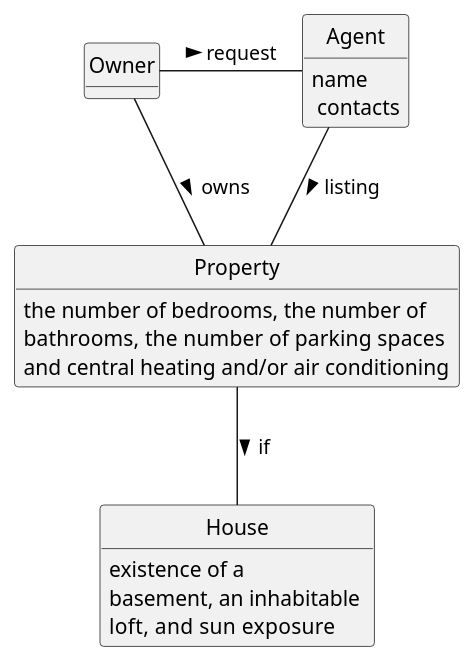
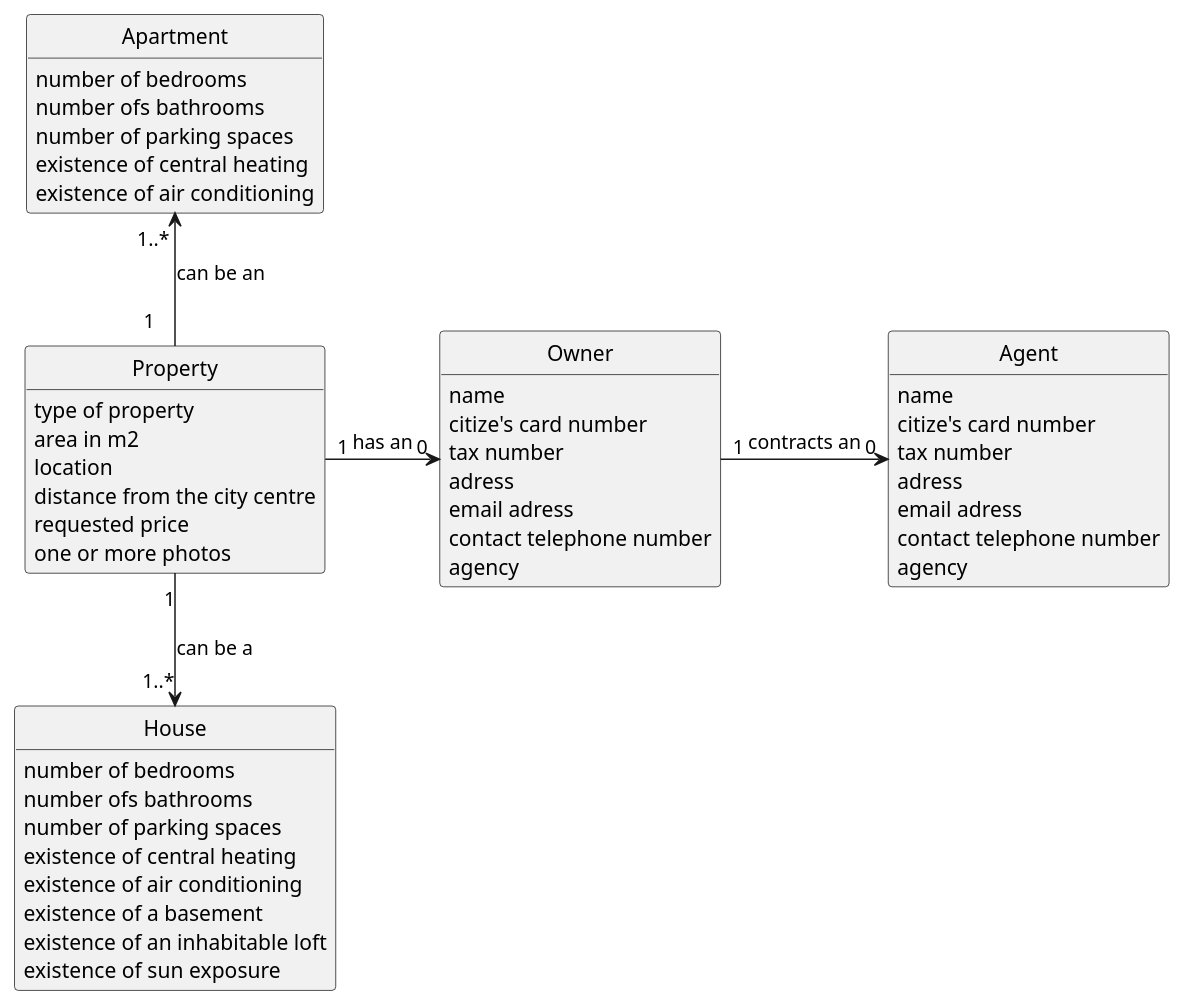
The diagram in docs/sprintA/us004/02.analysis/puml/us004-domain-model.puml (Rodrick0209/ISEP-LAPR2-22-23), drawn with PlantUML before and after one commit.

Commit message:
domain model us004

```diff
--- a/docs/sprintA/us004/02.analysis/puml/us004-domain-model.puml
+++ b/docs/sprintA/us004/02.analysis/puml/us004-domain-model.puml
@@ -1,50 +1,83 @@
 @startuml
 skinparam monochrome true
 skinparam packageStyle rectangle
 skinparam shadowing false
 
 'left to right direction
 
 skinparam classAttributeIconSize 0
 
 hide circle
 hide methods
 
 
 'title Domain Model
 
 'class Platform {
 '  -description
 '}
-
-class Owner
-
-class House{
-existence of a
-basement, an inhabitable \nloft,  and sun exposure
+class Property  {
+    type of property
+    area in m2
+    location
+    distance from the city centre
+    requested price
+    one or more photos
 }
 
-class Property  {
-    the number of bedrooms, the number of \nbathrooms,  the number of parking spaces \nand central heating and/or air conditioning
+class Owner{
+    name
+    citize's card number
+    tax number
+    adress
+    email adress
+    contact telephone number
+    agency
 }
 
+class Apartment{
+    number of bedrooms
+    number ofs bathrooms
+    number of parking spaces
+    existence of central heating
+    existence of air conditioning
+
+}
+class House{
+    number of bedrooms
+    number ofs bathrooms
+    number of parking spaces
+    existence of central heating
+    existence of air conditioning
+    existence of a basement
+    existence of an inhabitable loft
+    existence of sun exposure
+}
+
+
 class Agent {
-    name \n contacts
-
+    name
+    citize's card number
+    tax number
+    adress
+    email adress
+    contact telephone number
+    agency
 }
 
 'class User {
 '    name
 '    email
 '    password
 '}
 
 'Platform  -- "*" Owner : has registered >
 'Platform -- "*" Category : defines >
-Owner  -Agent : request >
-Owner  - Property: owns >
-'Property  --  Real Estate Agent: created by >
-Agent  --  Property : listing >
-'Agent  --  User: acts as >
-Property -- House : if >
+Property "1"-D-> "1..*" House :  can be a
+Property "1    "-U-> "1..* " Apartment :  can be an
+Property "1"->"0" Owner : has an
+Owner "1"-> "0" Agent : contracts an
+
+
+
 @enduml
```
